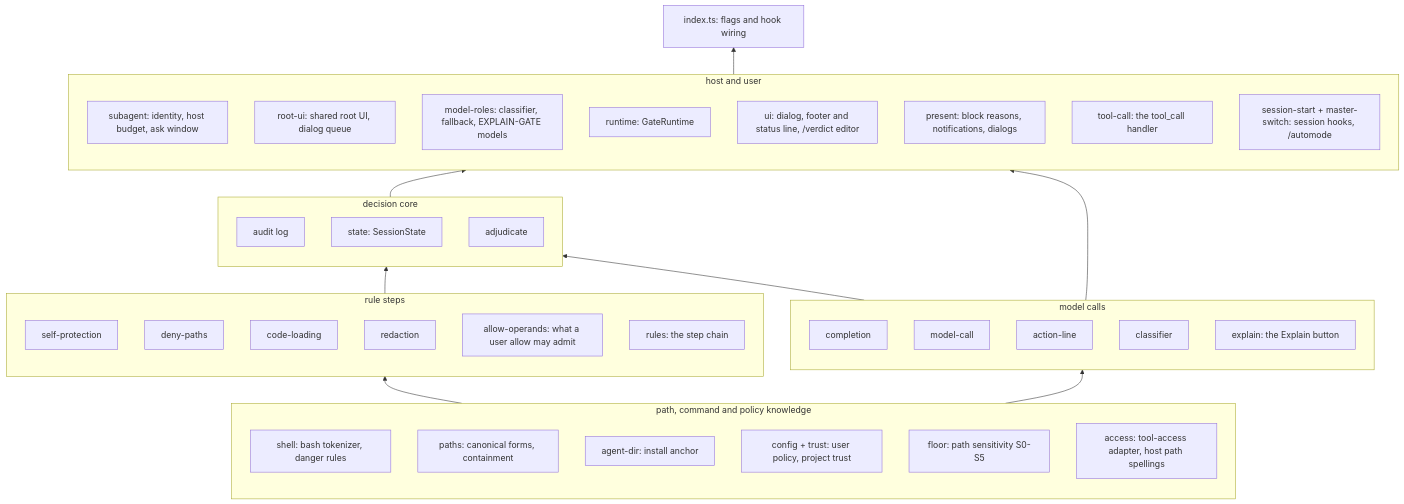
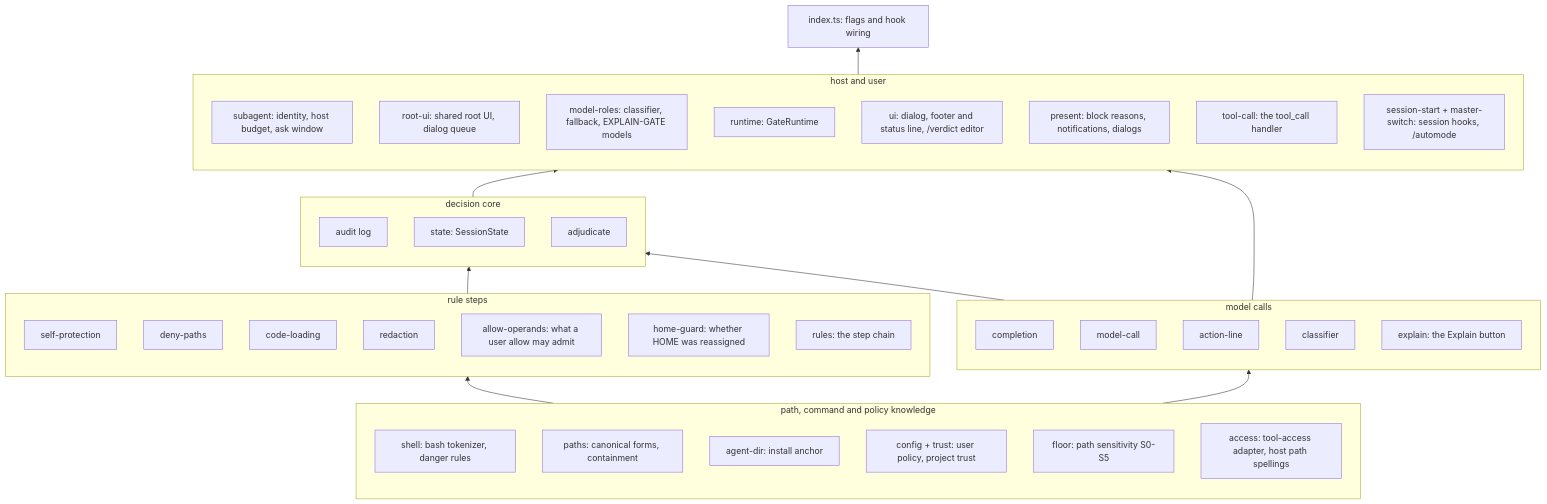
One commit to jonatsu/pi-verdict changed the fifth of 5 diagrams in docs/architecture.md. Above: the diagram before and after it, drawn with Mermaid. The commit also changed other lines of this file and 5 other files, not shown here.

First line of the commit message:
refactor(rules): move the HOME guard into its own module

````diff
--- a/docs/architecture.md
+++ b/docs/architecture.md
@@ -207,49 +207,50 @@
 ```mermaid
 flowchart BT
   subgraph knowledge [path, command and policy knowledge]
     shell[shell: bash tokenizer, danger rules]
     paths[paths: canonical forms, containment]
     agentdir[agent-dir: install anchor]
     config[config + trust: user policy, project trust]
     floor[floor: path sensitivity S0-S5]
     access[access: tool-access adapter, host path spellings]
   end
   subgraph layers [rule steps]
     self[self-protection]
     denyp[deny-paths]
     codeload[code-loading]
     redaction[redaction]
     allowops[allow-operands: what a user allow may admit]
+    homeguard[home-guard: whether HOME was reassigned]
     rules[rules: the step chain]
   end
   subgraph model [model calls]
     completion[completion]
     modelcall[model-call]
     actionline[action-line]
     classifier[classifier]
     explain[explain: the Explain button]
   end
   subgraph core [decision core]
     audit[audit log]
     state[state: SessionState]
     adjudicate[adjudicate]
   end
   subgraph host [host and user]
     subagent[subagent: identity, host budget, ask window]
     rootui[root-ui: shared root UI, dialog queue]
     roles[model-roles: classifier, fallback, EXPLAIN-GATE models]
     runtime[runtime: GateRuntime]
     ui[ui: dialog, footer and status line, /verdict editor]
     present[present: block reasons, notifications, dialogs]
     toolcall[tool-call: the tool_call handler]
     session[session-start + master-switch: session hooks, /automode]
   end
   index[index.ts: flags and hook wiring]
   knowledge --> layers
   knowledge --> model
   layers --> core
   model --> core
   core --> host
   model --> host
   host --> index
 ```
````
